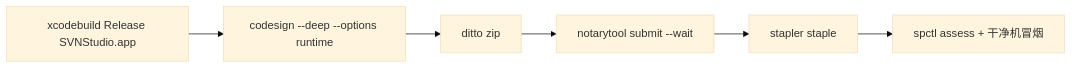
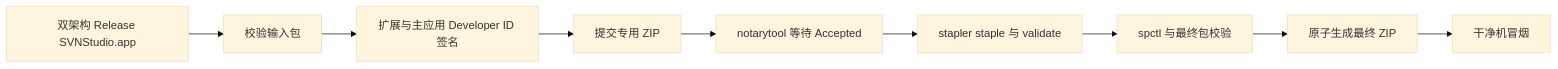
One commit to yclenove/mac-svn-desktop changed the diagram in docs/packaging/signing-and-notarization.md. Above: the diagram before and after it, drawn with Mermaid (base theme). The commit also changed other lines of this file and 15 other files, not shown here.

````diff
--- a/docs/packaging/signing-and-notarization.md
+++ b/docs/packaging/signing-and-notarization.md
@@ -38,8 +38,11 @@
 ```mermaid
 flowchart LR
-  A[xcodebuild Release SVNStudio.app] --> B[codesign --deep --options runtime]
-  B --> C[ditto zip]
-  C --> D[notarytool submit --wait]
-  D --> E[stapler staple]
-  E --> F[spctl assess + 干净机冒烟]
+  A[双架构 Release SVNStudio.app] --> B[校验输入包]
+  B --> C[扩展与主应用 Developer ID 签名]
+  C --> D[提交专用 ZIP]
+  D --> E[notarytool 等待 Accepted]
+  E --> F[stapler staple 与 validate]
+  F --> G[spctl 与最终包校验]
+  G --> H[原子生成最终 ZIP]
+  H --> I[干净机冒烟]
 ```
````
